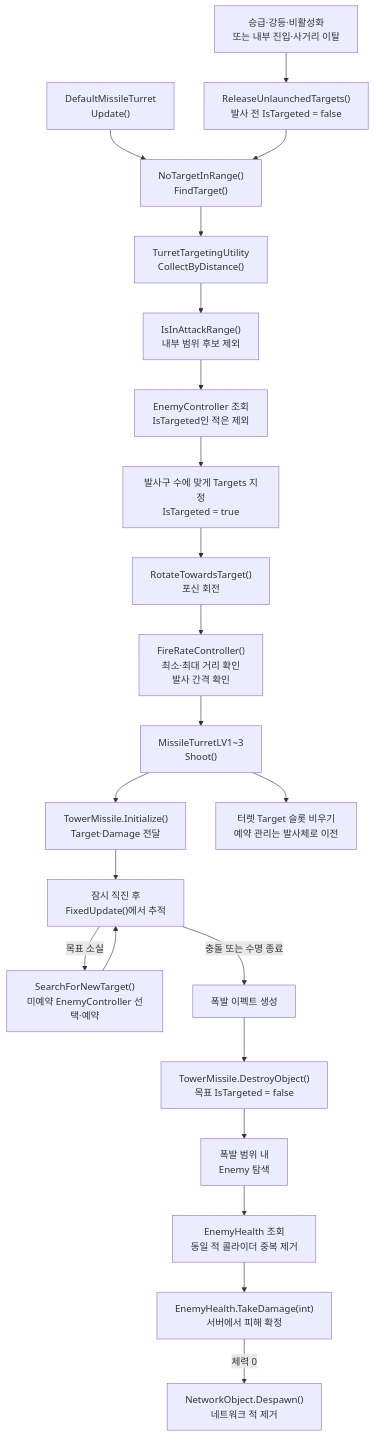
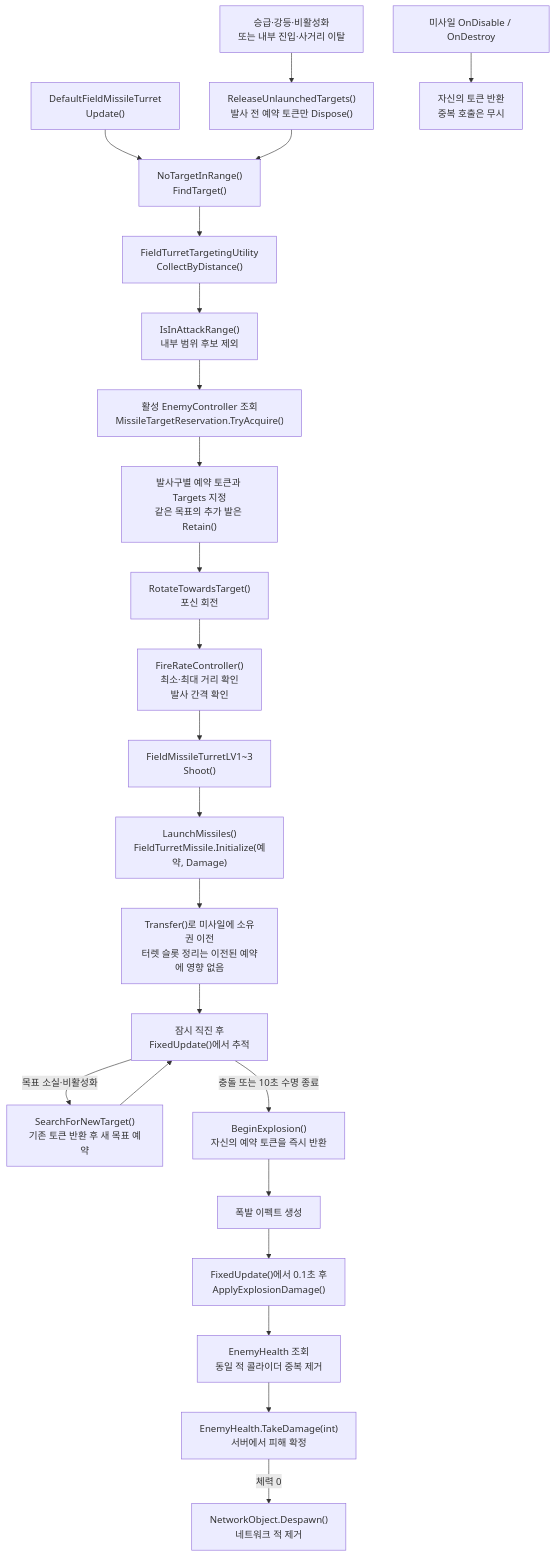
Before and after one commit to Team-HJD-21/unity-6-the-developer: the tenth of 17 diagrams in Docs/architecture/turret-system-guide.md, drawn with Mermaid. The commit also changed other lines of this file and 499 other files, not shown here.

First line of the commit message:
fix(turret): stabilize missile reservations and separate test controls (#547)

````diff
--- a/Docs/architecture/turret-system-guide.md
+++ b/Docs/architecture/turret-system-guide.md
@@ -422,24 +448,25 @@
 ```mermaid
 flowchart TD
-    Update["DefaultMissileTurret<br>Update()"] --> Search["NoTargetInRange()<br>FindTarget()"]
-    Search --> Collect["TurretTargetingUtility<br>CollectByDistance()"]
+    Update["DefaultFieldMissileTurret<br>Update()"] --> Search["NoTargetInRange()<br>FindTarget()"]
+    Search --> Collect["FieldTurretTargetingUtility<br>CollectByDistance()"]
     Collect --> RangeCheck["IsInAttackRange()<br>내부 범위 후보 제외"]
-    RangeCheck --> Filter["EnemyController 조회<br>IsTargeted인 적은 제외"]
-    Filter --> Targets["발사구 수에 맞게 Targets 지정<br>IsTargeted = true"]
+    RangeCheck --> Filter["활성 EnemyController 조회<br>MissileTargetReservation.TryAcquire()"]
+    Filter --> Targets["발사구별 예약 토큰과 Targets 지정<br>같은 목표의 추가 발은 Retain()"]
     Targets --> Rotate["RotateTowardsTarget()<br>포신 회전"]
     Rotate --> Fire["FireRateController()<br>최소·최대 거리 확인<br>발사 간격 확인"]
-    Fire --> Shoot["MissileTurretLV1~3<br>Shoot()"]
-    Shoot --> Init["TowerMissile.Initialize()<br>Target·Damage 전달"]
-    Shoot --> Transfer["터렛 Target 슬롯 비우기<br>예약 관리는 발사체로 이전"]
-    Change["승급·강등·비활성화<br>또는 내부 진입·사거리 이탈"] --> Release["ReleaseUnlaunchedTargets()<br>발사 전 IsTargeted = false"]
+    Fire --> Shoot["FieldMissileTurretLV1~3<br>Shoot()"]
+    Shoot --> Init["LaunchMissiles()<br>FieldTurretMissile.Initialize(예약, Damage)"]
+    Init --> Transfer["Transfer()로 미사일에 소유권 이전<br>터렛 슬롯 정리는 이전된 예약에 영향 없음"]
+    Change["승급·강등·비활성화<br>또는 내부 진입·사거리 이탈"] --> Release["ReleaseUnlaunchedTargets()<br>발사 전 예약 토큰만 Dispose()"]
     Release --> Search
-    Init --> Straight["잠시 직진 후<br>FixedUpdate()에서 추적"]
-    Straight -->|목표 소실| Retarget["SearchForNewTarget()<br>미예약 EnemyController 선택·예약"]
+    Transfer --> Straight["잠시 직진 후<br>FixedUpdate()에서 추적"]
+    Straight -->|목표 소실·비활성화| Retarget["SearchForNewTarget()<br>기존 토큰 반환 후 새 목표 예약"]
     Retarget --> Straight
-    Straight -->|충돌 또는 수명 종료| Explosion["폭발 이펙트 생성"]
-    Explosion --> Unreserve["TowerMissile.DestroyObject()<br>목표 IsTargeted = false"]
-    Unreserve --> Area["폭발 범위 내<br>Enemy 탐색"]
+    Straight -->|충돌 또는 10초 수명 종료| Unreserve["BeginExplosion()<br>자신의 예약 토큰을 즉시 반환"]
+    Disabled["미사일 OnDisable / OnDestroy"] --> Cleanup["자신의 토큰 반환<br>중복 호출은 무시"]
+    Unreserve --> Explosion["폭발 이펙트 생성"]
+    Explosion --> Area["FixedUpdate()에서 0.1초 후<br>ApplyExplosionDamage()"]
     Area --> Health["EnemyHealth 조회<br>동일 적 콜라이더 중복 제거"]
     Health --> Damage["EnemyHealth.TakeDamage(int)<br>서버에서 피해 확정"]
     Damage -->|체력 0| Die["NetworkObject.Despawn()<br>네트워크 적 제거"]
 ```
````
